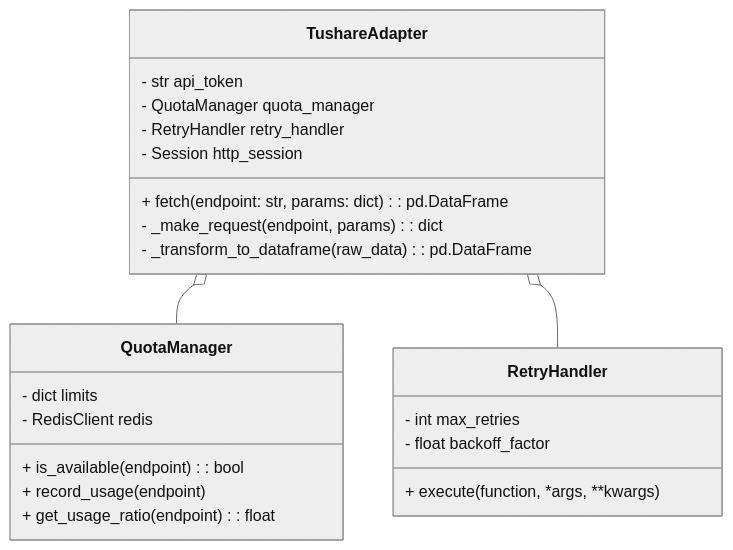
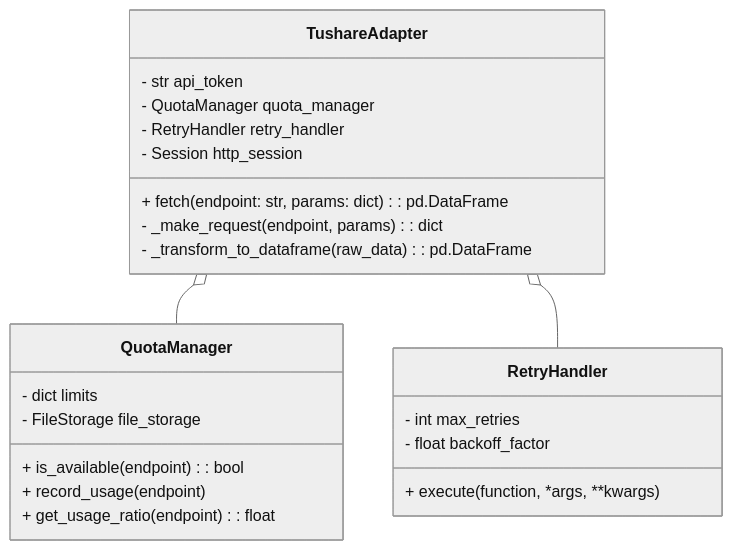
The third of 6 diagrams in argus-doc/tushare_pro_integration_design.md (jiaenyue/project-argus-qmt-agent), drawn with Mermaid (neutral theme) before and after one commit. The commit also changed other lines of this file and 340 other files, not shown here.

````diff
--- a/argus-doc/tushare_pro_integration_design.md
+++ b/argus-doc/tushare_pro_integration_design.md
@@ -96,26 +96,26 @@
 ```mermaid
 classDiagram
     class TushareAdapter {
         - str api_token
         - QuotaManager quota_manager
         - RetryHandler retry_handler
         - Session http_session
         + fetch(endpoint: str, params: dict) : pd.DataFrame
         - _make_request(endpoint, params) : dict
         - _transform_to_dataframe(raw_data) : pd.DataFrame
     }
     class QuotaManager {
         - dict limits
-        - RedisClient redis
+        - FileStorage file_storage
         + is_available(endpoint) : bool
         + record_usage(endpoint)
         + get_usage_ratio(endpoint) : float
     }
     class RetryHandler {
         - int max_retries
         - float backoff_factor
         + execute(function, *args, **kwargs)
     }
     TushareAdapter o-- QuotaManager
     TushareAdapter o-- RetryHandler
 ```
````
